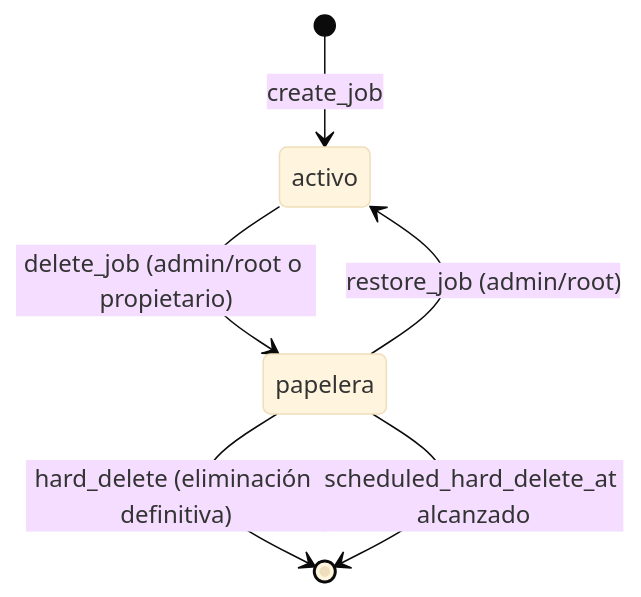
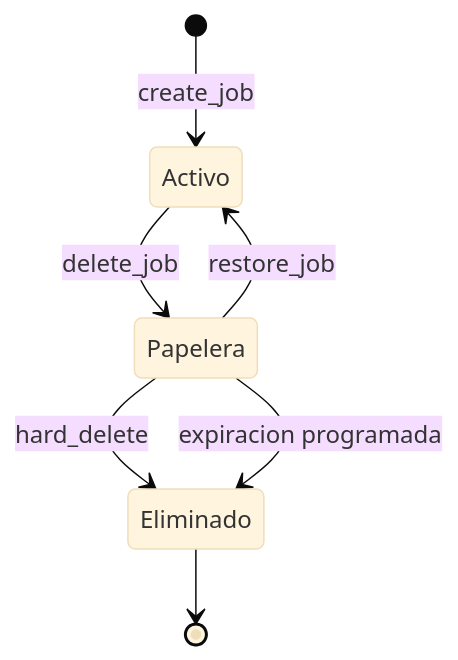
The sixth of 6 diagrams in README.md (chem-gl/chemistry-apps), drawn with Mermaid (base theme) before and after one commit. The commit also changed other lines of this file and 34 other files, not shown here.

````diff
--- a/README.md
+++ b/README.md
@@ -1544,8 +1581,9 @@
 ```mermaid
 stateDiagram-v2
-  [*] --> activo: create_job
-  activo --> papelera: delete_job (admin/root o propietario)
-  papelera --> activo: restore_job (admin/root)
-  papelera --> [*]: hard_delete (eliminación definitiva)
-  papelera --> [*]: scheduled_hard_delete_at alcanzado
+  [*] --> Activo: create_job
+  Activo --> Papelera: delete_job
+  Papelera --> Activo: restore_job
+  Papelera --> Eliminado: hard_delete
+  Papelera --> Eliminado: expiracion programada
+  Eliminado --> [*]
 ```
````
